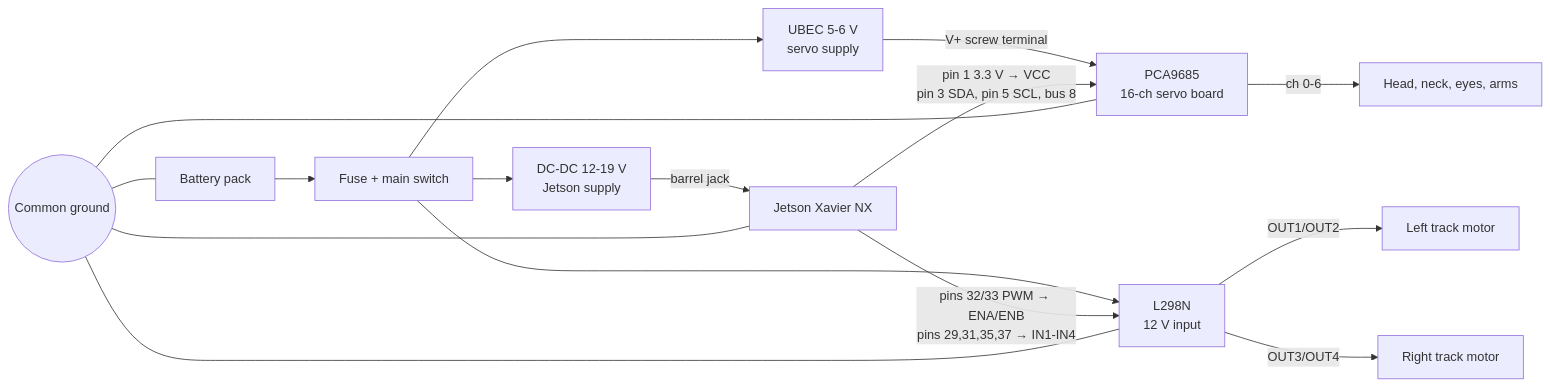
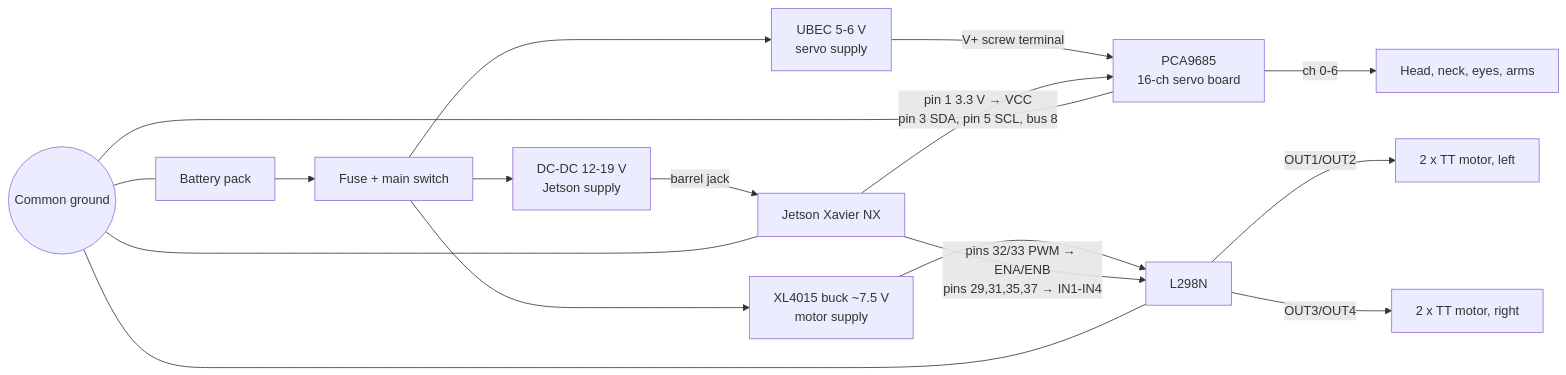
One commit to Lichter1/Wall-E_2025 changed the diagram in docs/wiring.md. Above: the diagram before and after it, drawn with Mermaid. The commit also changed other lines of this file and 3 other files, not shown here.

````diff
--- a/docs/wiring.md
+++ b/docs/wiring.md
@@ -7,21 +7,22 @@
 ```mermaid
 flowchart LR
   BAT[Battery pack] --> FUSE[Fuse + main switch]
   FUSE --> DCJ[DC-DC 12-19 V<br/>Jetson supply]
   FUSE --> BEC[UBEC 5-6 V<br/>servo supply]
-  FUSE --> L298[L298N<br/>12 V input]
+  FUSE --> MBUCK[XL4015 buck ~7.5 V<br/>motor supply]
+  MBUCK --> L298[L298N]
 
   DCJ -->|barrel jack| JET[Jetson Xavier NX]
   BEC -->|V+ screw terminal| PCA[PCA9685<br/>16-ch servo board]
 
   JET -->|pin 1 3.3 V → VCC<br/>pin 3 SDA, pin 5 SCL, bus 8| PCA
   JET -->|pins 32/33 PWM → ENA/ENB<br/>pins 29,31,35,37 → IN1-IN4| L298
-  L298 -->|OUT1/OUT2| ML[Left track motor]
-  L298 -->|OUT3/OUT4| MR[Right track motor]
+  L298 -->|OUT1/OUT2| ML[2 x TT motor, left]
+  L298 -->|OUT3/OUT4| MR[2 x TT motor, right]
   PCA -->|ch 0-6| SERVOS[Head, neck, eyes, arms]
 
   GND((Common ground)) --- JET
   GND --- PCA
   GND --- L298
   GND --- BAT
 ```
````
